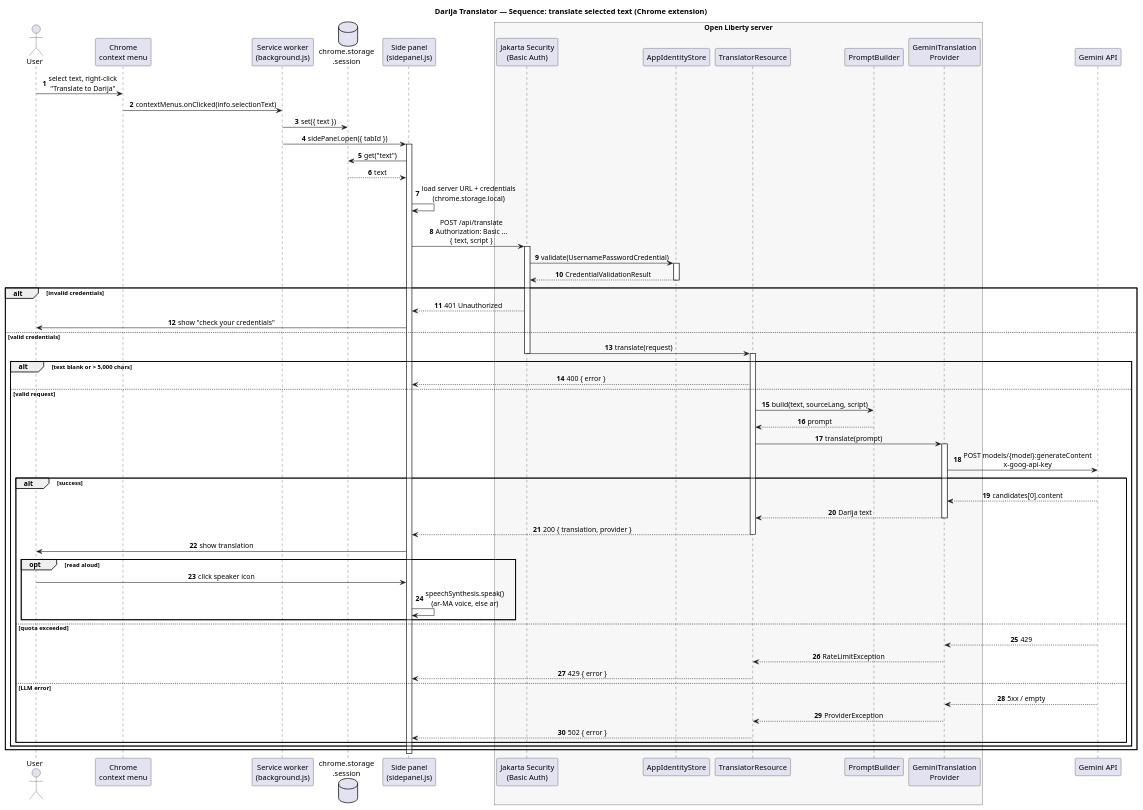
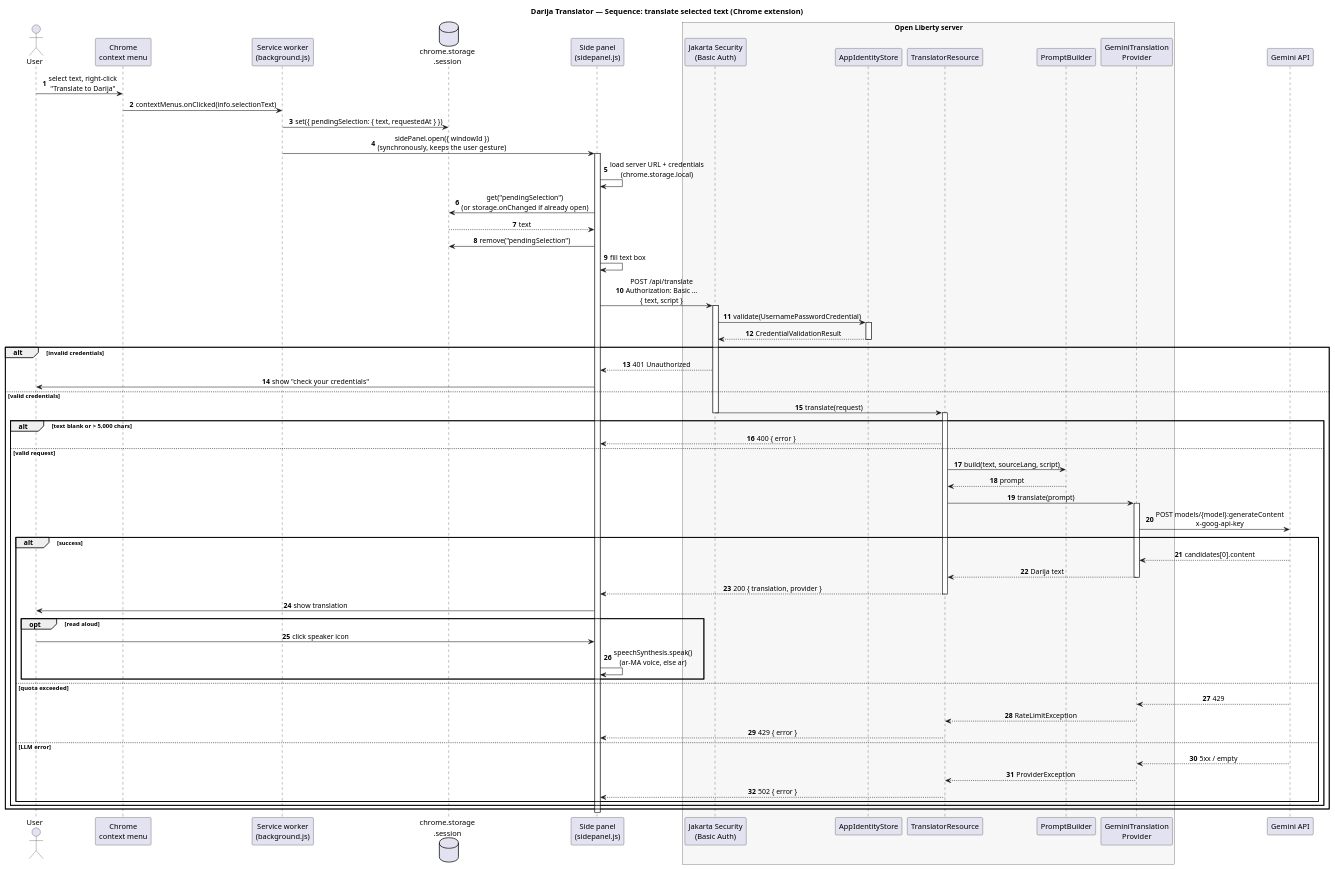
The diagram in docs/sequence-diagram.puml (bashirmouri/darija-translator), drawn with PlantUML before and after one commit.

Commit message:
docs: match sequence diagram to the extension's selection hand-off
sidePanel.open takes windowId; the panel reads pendingSelection (or gets
it via storage.onChanged) and removes it after use.

```diff
--- a/docs/sequence-diagram.puml
+++ b/docs/sequence-diagram.puml
@@ -1,76 +1,78 @@
 @startuml sequence-diagram
 ' Darija Translator — translating selected text from the Chrome extension
 skinparam shadowing false
 skinparam sequenceMessageAlign center
 autonumber
 title Darija Translator — Sequence: translate selected text (Chrome extension)
 
 actor User
 participant "Chrome\ncontext menu" as Menu
 participant "Service worker\n(background.js)" as SW
 database "chrome.storage\n.session" as Store
 participant "Side panel\n(sidepanel.js)" as Panel
 box "Open Liberty server" #F7F7F7
   participant "Jakarta Security\n(Basic Auth)" as Sec
   participant "AppIdentityStore" as IdS
   participant "TranslatorResource" as Res
   participant "PromptBuilder" as PB
   participant "GeminiTranslation\nProvider" as Prov
 end box
 participant "Gemini API" as Gemini
 
 User -> Menu : select text, right-click\n"Translate to Darija"
 Menu -> SW : contextMenus.onClicked(info.selectionText)
-SW -> Store : set({ text })
-SW -> Panel : sidePanel.open({ tabId })
+SW -> Store : set({ pendingSelection: { text, requestedAt } })
+SW -> Panel : sidePanel.open({ windowId })\n(synchronously, keeps the user gesture)
 activate Panel
-Panel -> Store : get("text")
+Panel -> Panel : load server URL + credentials\n(chrome.storage.local)
+Panel -> Store : get("pendingSelection")\n(or storage.onChanged if already open)
 Store --> Panel : text
-Panel -> Panel : load server URL + credentials\n(chrome.storage.local)
+Panel -> Store : remove("pendingSelection")
+Panel -> Panel : fill text box
 
 Panel -> Sec : POST /api/translate\nAuthorization: Basic …\n{ text, script }
 activate Sec
 Sec -> IdS : validate(UsernamePasswordCredential)
 activate IdS
 IdS --> Sec : CredentialValidationResult
 deactivate IdS
 
 alt invalid credentials
   Sec --> Panel : 401 Unauthorized
   Panel -> User : show "check your credentials"
 else valid credentials
   Sec -> Res : translate(request)
   deactivate Sec
   activate Res
   alt text blank or > 5,000 chars
     Res --> Panel : 400 { error }
   else valid request
     Res -> PB : build(text, sourceLang, script)
     PB --> Res : prompt
     Res -> Prov : translate(prompt)
     activate Prov
     Prov -> Gemini : POST models/{model}:generateContent\nx-goog-api-key
     alt success
       Gemini --> Prov : candidates[0].content
       Prov --> Res : Darija text
       deactivate Prov
       Res --> Panel : 200 { translation, provider }
       deactivate Res
       Panel -> User : show translation
       opt read aloud
         User -> Panel : click speaker icon
         Panel -> Panel : speechSynthesis.speak()\n(ar-MA voice, else ar)
       end
     else quota exceeded
       Gemini --> Prov : 429
       Prov --> Res : RateLimitException
       Res --> Panel : 429 { error }
     else LLM error
       Gemini --> Prov : 5xx / empty
       Prov --> Res : ProviderException
       Res --> Panel : 502 { error }
     end
   end
 end
 deactivate Panel
 @enduml
```
